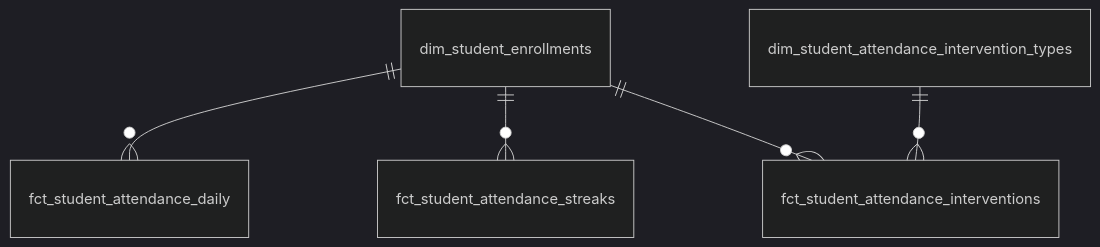
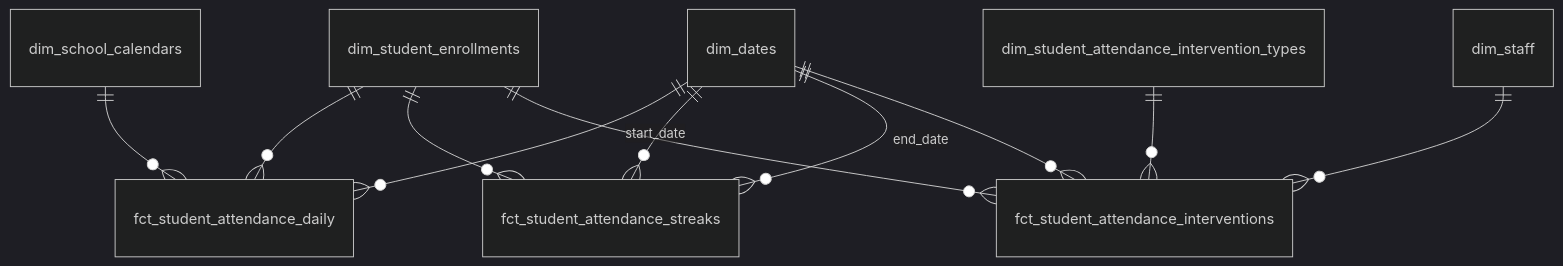
One commit to TEAMSchools/teamster changed the sixth of 10 diagrams in docs/superpowers/specs/2026-03-27-star-schema-data-mart-design.md. Above: the diagram before and after it, drawn with Mermaid (dark theme). The commit also changed other lines of this file, not shown here.

First line of the commit message:
docs: incorporate star-schema mart spec feedback on A+X traversal

````diff
--- a/docs/superpowers/specs/2026-03-27-star-schema-data-mart-design.md
+++ b/docs/superpowers/specs/2026-03-27-star-schema-data-mart-design.md
@@ -545,7 +647,13 @@
 ```mermaid
 erDiagram
     dim_student_enrollments ||--o{ fct_student_attendance_daily : ""
     dim_student_enrollments ||--o{ fct_student_attendance_streaks : ""
     dim_student_enrollments ||--o{ fct_student_attendance_interventions : ""
     dim_student_attendance_intervention_types ||--o{ fct_student_attendance_interventions : ""
+    dim_staff ||--o{ fct_student_attendance_interventions : ""
+    dim_dates ||--o{ fct_student_attendance_daily : ""
+    dim_dates ||--o{ fct_student_attendance_streaks : "start_date"
+    dim_dates ||--o{ fct_student_attendance_streaks : "end_date"
+    dim_dates ||--o{ fct_student_attendance_interventions : ""
+    dim_school_calendars ||--o{ fct_student_attendance_daily : ""
 ```
````
